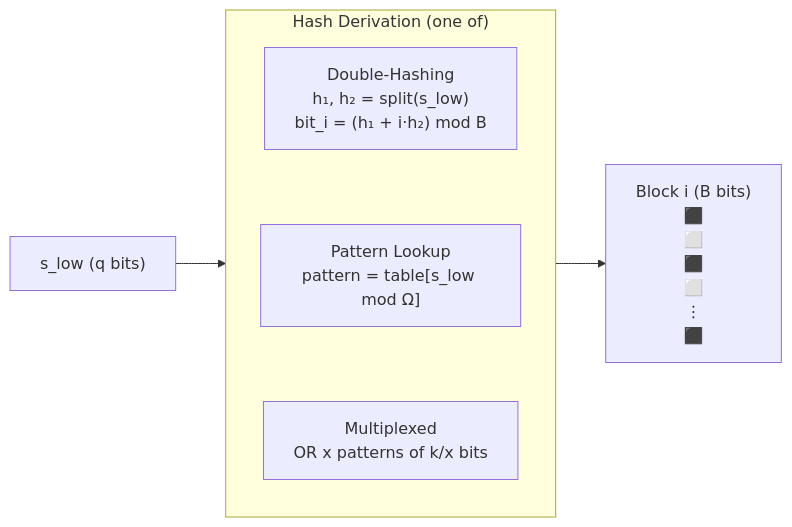
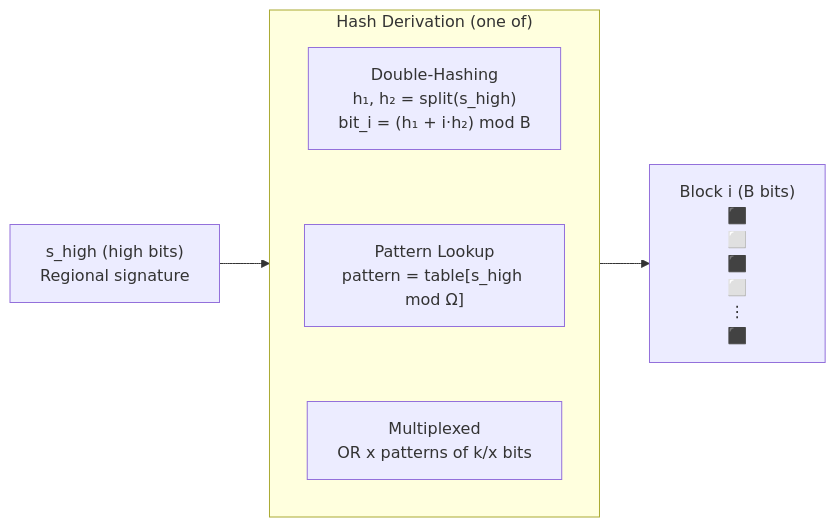
The second of 2 diagrams in docs/ideas/sbbf_proposal.md (mlaass/counting-globimaps), drawn with Mermaid before and after one commit. The commit also changed other lines of this file, not shown here.

Commit message:
docs: clarify SBBF bit-splitting rationale with low bits for block index and high bits for mask

````diff
--- a/docs/ideas/sbbf_proposal.md
+++ b/docs/ideas/sbbf_proposal.md
@@ -95,17 +103,17 @@
 ```mermaid
 flowchart LR
-    Seed["s_low (q bits)"]
+    Seed["s_high (high bits)<br/>Regional signature"]
 
     subgraph HashDerivation["Hash Derivation (one of)"]
         direction TB
-        DH["Double-Hashing<br/>h₁, h₂ = split(s_low)<br/>bit_i = (h₁ + i·h₂) mod B"]
-        PAT["Pattern Lookup<br/>pattern = table[s_low mod Ω]"]
+        DH["Double-Hashing<br/>h₁, h₂ = split(s_high)<br/>bit_i = (h₁ + i·h₂) mod B"]
+        PAT["Pattern Lookup<br/>pattern = table[s_high mod Ω]"]
         MUX["Multiplexed<br/>OR x patterns of k/x bits"]
         DH ~~~ PAT ~~~ MUX
     end
 
     Seed --> HashDerivation
     HashDerivation --> Block
 
     Block["Block i (B bits)<br/>⬛<br/>⬜<br/>⬛<br/>⬜<br/>⋮<br/>⬛"]
 ```
````
